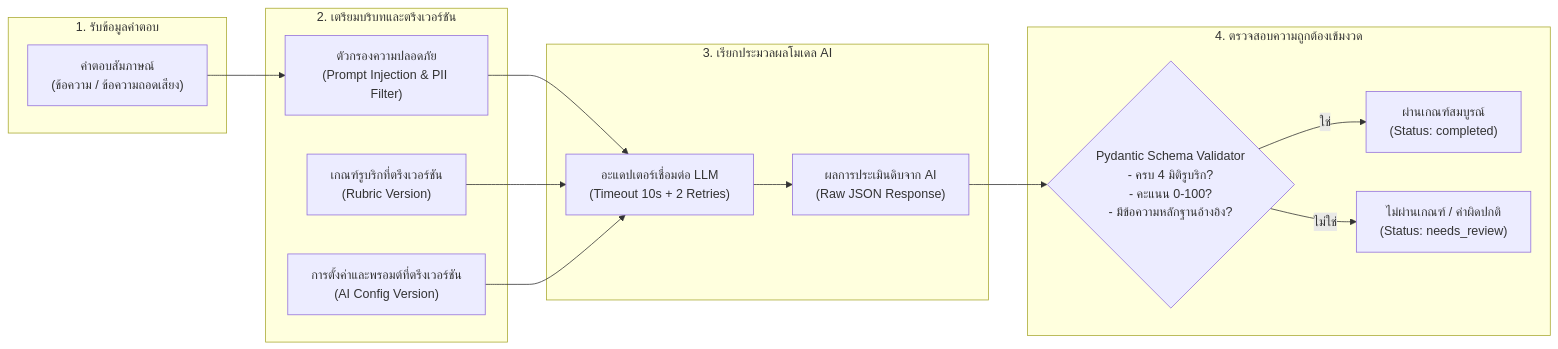
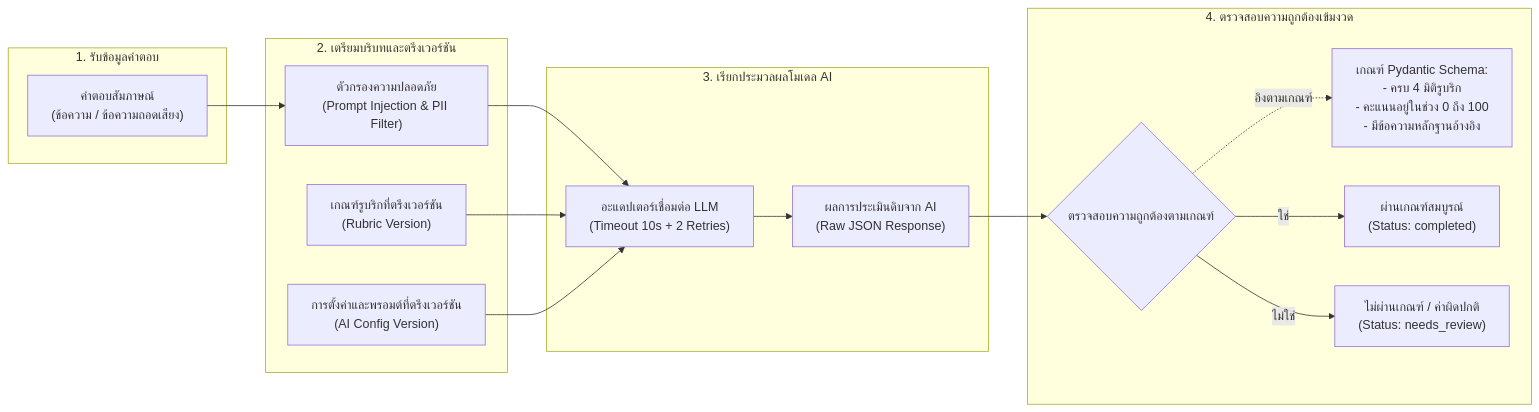
Before and after one commit to Phoomss/interviewx-datahub: diagram 23 of 26 in docs-interviex/03_SRS_Requirements/InterviewX_SRS_Report_Revised_TH.md, drawn with Mermaid. The commit also changed other lines of this file and 21 other files, not shown here.

Commit message:
fix error Unable to render rich display for all diagram

````diff
--- a/docs-interviex/03_SRS_Requirements/InterviewX_SRS_Report_Revised_TH.md
+++ b/docs-interviex/03_SRS_Requirements/InterviewX_SRS_Report_Revised_TH.md
@@ -2179,30 +2184,34 @@
 ```mermaid
 flowchart LR
  subgraph Ingestion["1. รับข้อมูลคำตอบ"]
-  RawAnswer["คำตอบสัมภาษณ์\n(ข้อความ / ข้อความถอดเสียง)"]
+  RawAnswer["คำตอบสัมภาษณ์<br/>(ข้อความ / ข้อความถอดเสียง)"]
  end
 
  subgraph ContextPrep["2. เตรียมบริบทและตรึงเวอร์ชัน"]
-  Rubric["เกณฑ์รูบริกที่ตรึงเวอร์ชัน\n(Rubric Version)"]
-  AIConfig["การตั้งค่าและพรอมต์ที่ตรึงเวอร์ชัน\n(AI Config Version)"]
-  Sanitizer["ตัวกรองความปลอดภัย\n(Prompt Injection & PII Filter)"]
+  Rubric["เกณฑ์รูบริกที่ตรึงเวอร์ชัน<br/>(Rubric Version)"]
+  AIConfig["การตั้งค่าและพรอมต์ที่ตรึงเวอร์ชัน<br/>(AI Config Version)"]
+  Sanitizer["ตัวกรองความปลอดภัย<br/>(Prompt Injection & PII Filter)"]
  end
 
  subgraph Inference["3. เรียกประมวลผลโมเดล AI"]
-  LLMClient["อะแดปเตอร์เชื่อมต่อ LLM\n(Timeout 10s + 2 Retries)"]
-  RawOutput["ผลการประเมินดิบจาก AI\n(Raw JSON Response)"]
+  LLMClient["อะแดปเตอร์เชื่อมต่อ LLM<br/>(Timeout 10s + 2 Retries)"]
+  RawOutput["ผลการประเมินดิบจาก AI<br/>(Raw JSON Response)"]
  end
 
  subgraph Validation["4. ตรวจสอบความถูกต้องเข้มงวด"]
-  Validator{"Pydantic Schema Validator\n- ครบ 4 มิติรูบริก?\n- คะแนน 0-100?\n- มีข้อความหลักฐานอ้างอิง?"}
-  Valid["ผ่านเกณฑ์สมบูรณ์\n(Status: completed)"]
-  Invalid["ไม่ผ่านเกณฑ์ / ค่าผิดปกติ\n(Status: needs_review)"]
+  Validator{"ตรวจสอบความถูกต้องตามเกณฑ์"}
+  ValCriteria["เกณฑ์ Pydantic Schema:<br/>- ครบ 4 มิติรูบริก<br/>- คะแนนอยู่ในช่วง 0 ถึง 100<br/>- มีข้อความหลักฐานอ้างอิง"]
+  Valid["ผ่านเกณฑ์สมบูรณ์<br/>(Status: completed)"]
+  Invalid["ไม่ผ่านเกณฑ์ / ค่าผิดปกติ<br/>(Status: needs_review)"]
  end
 
  RawAnswer --> Sanitizer
- Sanitizer & Rubric & AIConfig --> LLMClient
+ Sanitizer --> LLMClient
+ Rubric --> LLMClient
+ AIConfig --> LLMClient
  LLMClient --> RawOutput
  RawOutput --> Validator
+ Validator -.->|อิงตามเกณฑ์| ValCriteria
  Validator -->|ใช่| Valid
  Validator -->|ไม่ใช่| Invalid
 ```
````
